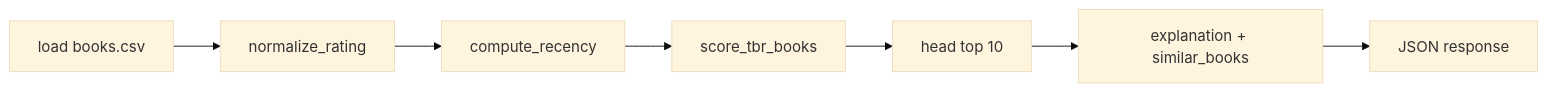
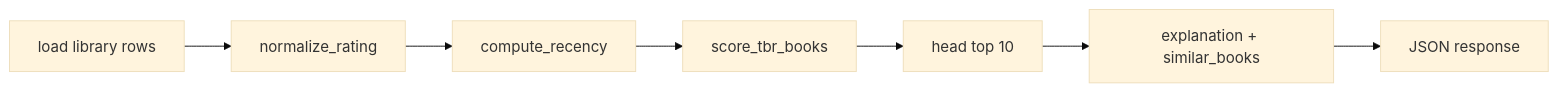
The diagram in docs/engineering/recommendation-system.md (tranguyeenn/shelftxt), drawn with Mermaid (base theme) before and after one commit. The commit also changed other lines of this file and 16 other files, not shown here.

````diff
--- a/docs/engineering/recommendation-system.md
+++ b/docs/engineering/recommendation-system.md
@@ -25,9 +25,9 @@
 ```mermaid
 flowchart LR
-  A[load books.csv] --> B[normalize_rating]
+  A[load library rows] --> B[normalize_rating]
   B --> C[compute_recency]
   C --> D[score_tbr_books]
   D --> E[head top 10]
   E --> F[explanation + similar_books]
   F --> G[JSON response]
 ```
````
